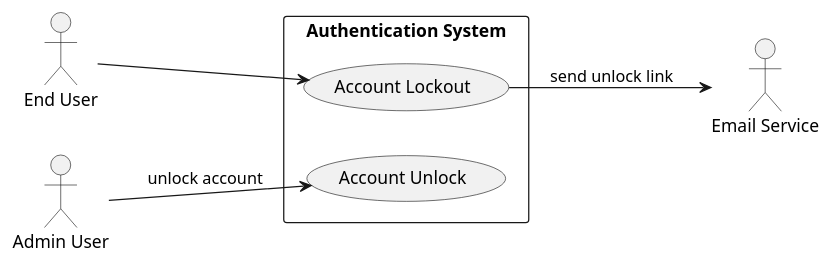
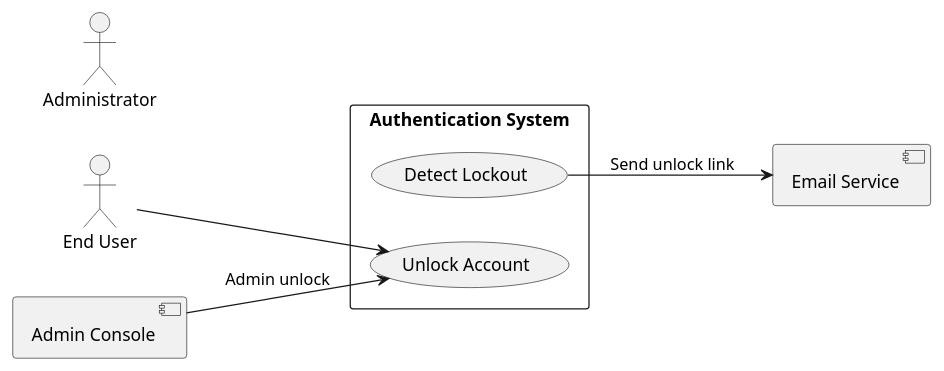
One commit to Bimmi-kumari-singh/Agent-testing changed the sixth of 7 diagrams in .propel/context/docs/spec.md. Above: the diagram before and after it, drawn with PlantUML. The commit also changed other lines of this file, not shown here.

````diff
--- a/.propel/context/docs/spec.md
+++ b/.propel/context/docs/spec.md
@@ -438,19 +451,19 @@
 ```plantuml
 @startuml
 left to right direction
 skinparam packageStyle rectangle
 
 actor "End User" as User
-actor "Admin User" as Admin
-actor "Email Service" as Email
+actor "Administrator" as Admin
+rectangle "Authentication System" {
+  usecase (Detect Lockout) as UC6
+  usecase (Unlock Account) as UC6b
+}
+component "Email Service" as Email
+component "Admin Console" as AdminC
 
-rectangle "Authentication System" {
-  usecase (Account Lockout) as UC6
-  usecase (Account Unlock) as UC6b
-}
-
-User --> UC6
-UC6 --> Email : send unlock link
-Admin --> UC6b : unlock account
+UC6 --> Email : Send unlock link
+AdminC --> UC6b : Admin unlock
+User --> UC6b
 @enduml
 ```
````
